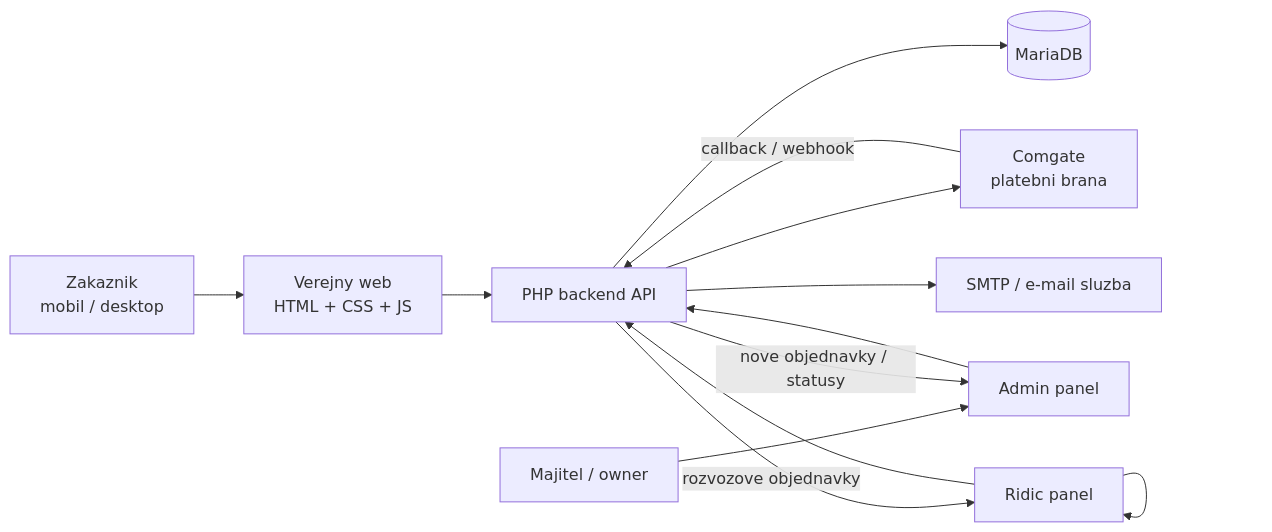
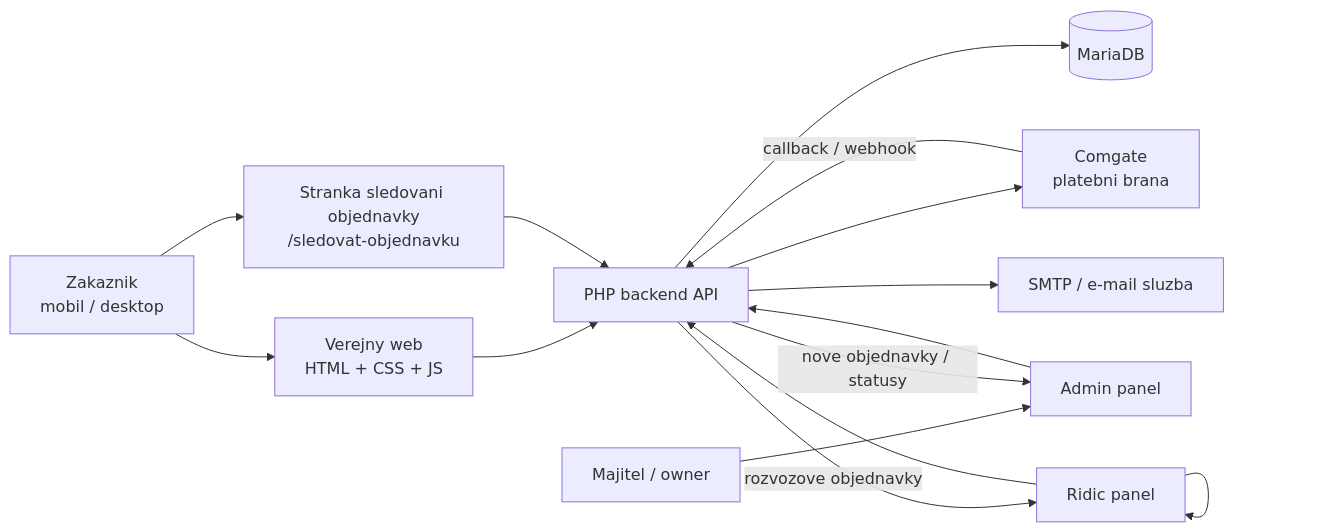
Before and after one commit to Poracanin/pizza-bellizzi: the first of 11 diagrams in ARCHITEKTURA.md, drawn with Mermaid. The commit also changed other lines of this file and 5 other files, not shown here.

````diff
--- a/ARCHITEKTURA.md
+++ b/ARCHITEKTURA.md
@@ -16,29 +17,32 @@
 ```mermaid
 flowchart LR
   customer[Zakaznik<br>mobil / desktop]
   publicWeb[Verejny web<br>HTML + CSS + JS]
+  trackingPage[Stranka sledovani objednavky<br>/sledovat-objednavku]
   api[PHP backend API]
   db[(MariaDB)]
   comgate[Comgate<br>platebni brana]
   mailer[SMTP / e-mail sluzba]
   admin[Admin panel]
   driver[Ridic panel]
   owner[Majitel / owner]
 
   customer --> publicWeb
+  customer --> trackingPage
   publicWeb --> api
+  trackingPage --> api
 
   api --> db
   api --> comgate
   api --> mailer
 
   comgate -- callback / webhook --> api
 
   owner --> admin
   admin --> api
   driver --> driver
   driver --> api
 
   api -- nove objednavky / statusy --> admin
   api -- rozvozove objednavky --> driver
 ```
````
